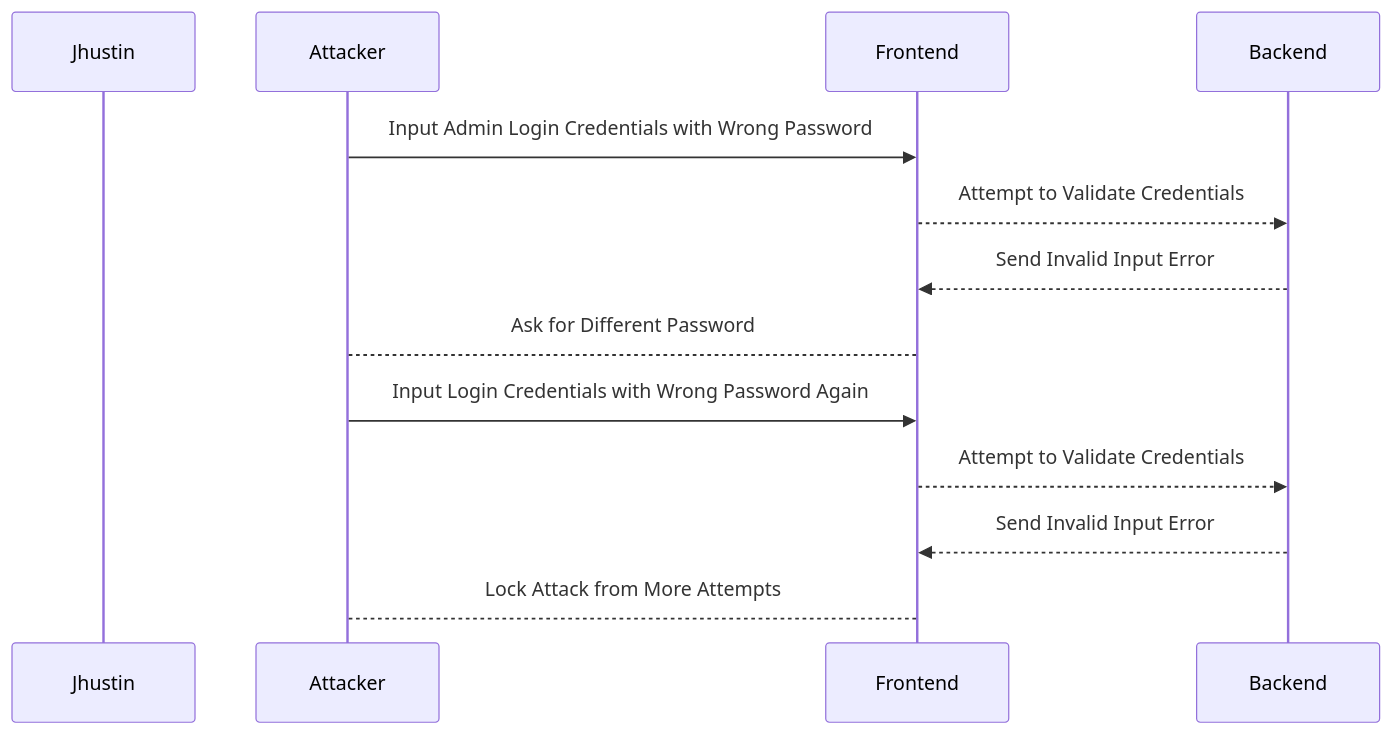
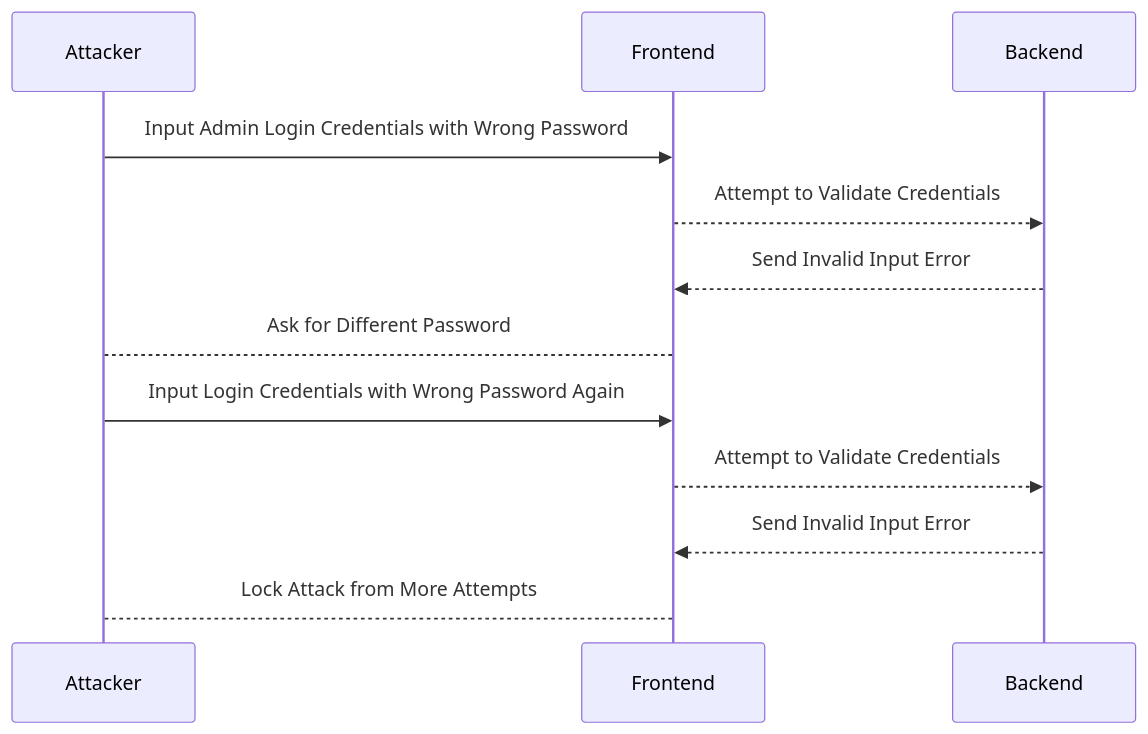
The diagram in login_exception.mmd (bdsriver/MCTunes_Diagrams), drawn with Mermaid before and after one commit.

Commit message:
removed admin from exception diagram

```diff
--- a/login_exception.mmd
+++ b/login_exception.mmd
@@ -1,17 +1,16 @@
 sequenceDiagram
-   participant Jhustin
    participant Attacker
    participant Frontend
    participant Backend
 
    %% Attack
    Attacker->>Frontend: Input Admin Login Credentials with Wrong Password
    Frontend-->>Backend: Attempt to Validate Credentials
    Backend-->>Frontend: Send Invalid Input Error
    Frontend-->Attacker: Ask for Different Password
 
    %% Attempt 2
    Attacker->>Frontend: Input Login Credentials with Wrong Password Again
    Frontend-->>Backend: Attempt to Validate Credentials
    Backend-->>Frontend: Send Invalid Input Error
    Frontend-->Attacker: Lock Attack from More Attempts
```
